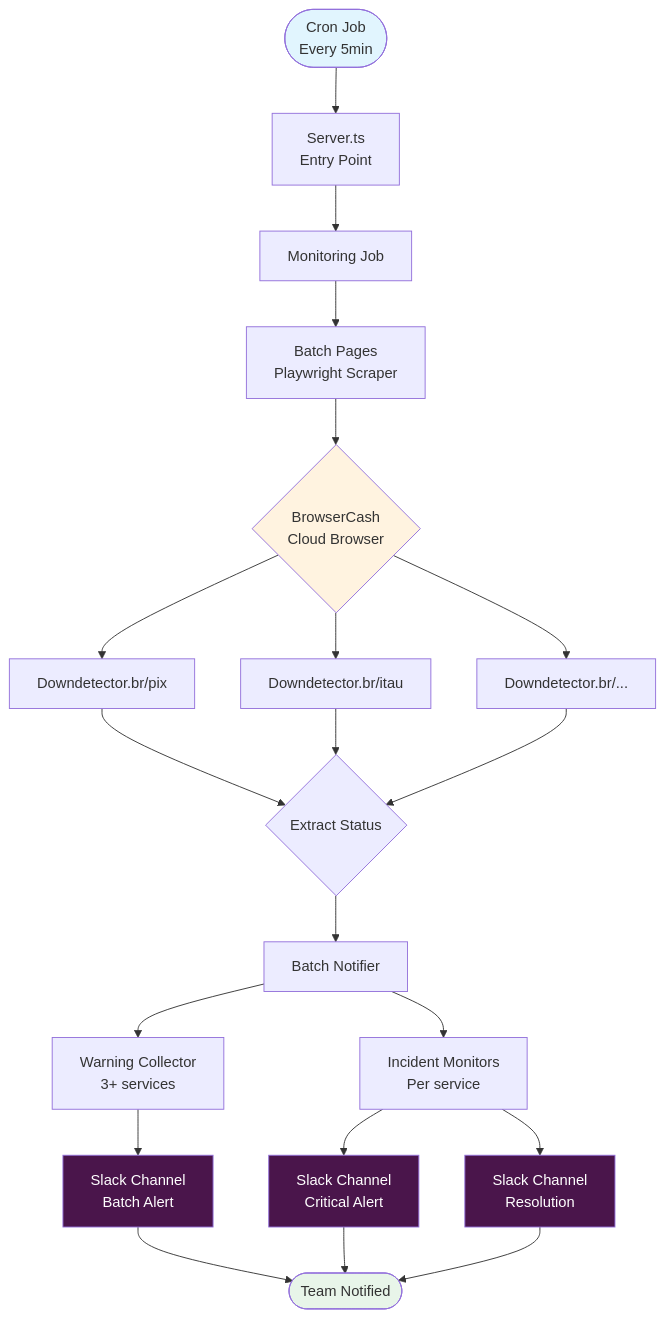
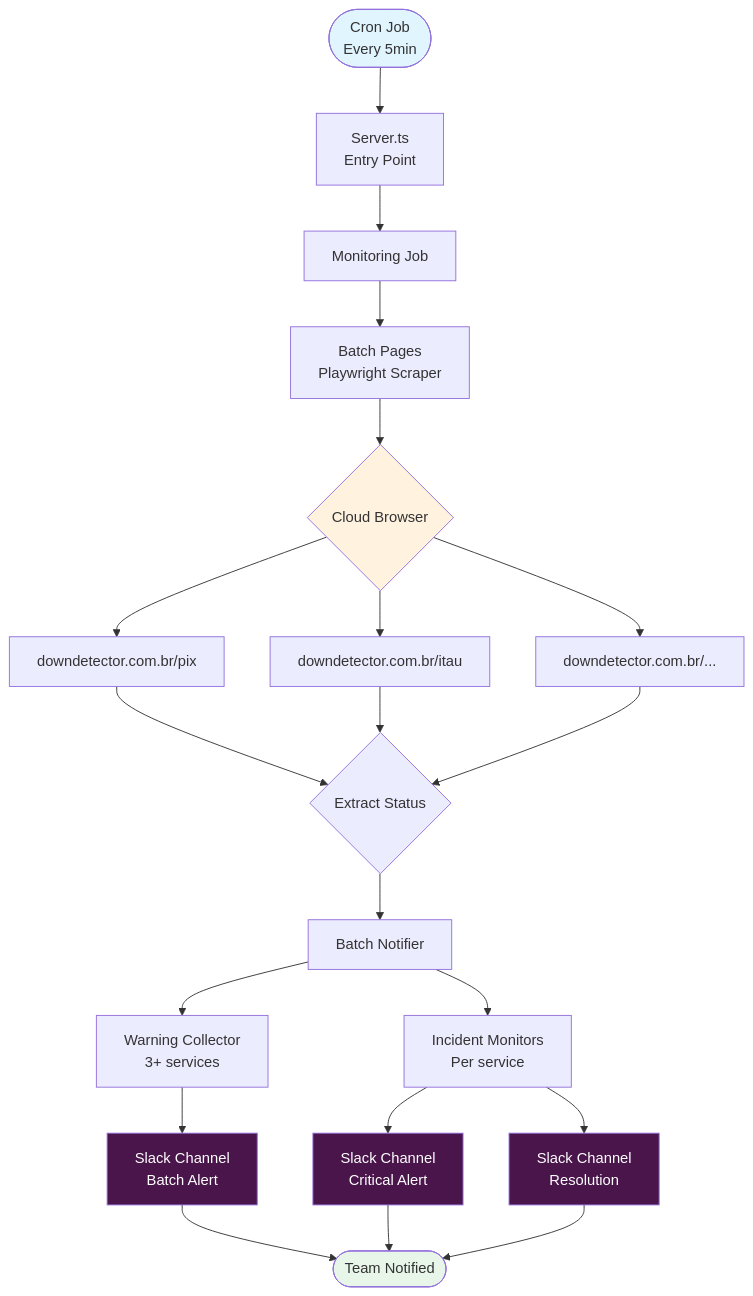
One commit to eduardotashiro/downdetector-slack changed the first of 2 diagrams in README.md. Above: the diagram before and after it, drawn with Mermaid. The commit also changed other lines of this file, not shown here.

````diff
--- a/README.md
+++ b/README.md
@@ -72,34 +70,34 @@
 ```mermaid
 graph TB
     Start([Cron Job<br/>Every 5min]) --> Server[Server.ts<br/>Entry Point]
     Server --> Job[Monitoring Job]
     Job --> Scraper[Batch Pages<br/>Playwright Scraper]
     
-    Scraper --> Browser{BrowserCash<br/>Cloud Browser}
-    Browser --> DD1[Downdetector.br/pix]
-    Browser --> DD2[Downdetector.br/itau]
-    Browser --> DD3[Downdetector.br/...]
+    Scraper --> Browser{Cloud Browser}
+    Browser --> DD1[downdetector.com.br/pix]
+    Browser --> DD2[downdetector.com.br/itau]
+    Browser --> DD3[downdetector.com.br/...]
     
     DD1 --> Data{Extract Status}
     DD2 --> Data
     DD3 --> Data
     
     Data --> Notifier[Batch Notifier]
     Notifier --> Warning[Warning Collector<br/>3+ services]
     Notifier --> Incident[Incident Monitors<br/>Per service]
     
     Warning --> Slack1[Slack Channel<br/>Batch Alert]
     Incident --> Slack2[Slack Channel<br/>Critical Alert]
     Incident --> Slack3[Slack Channel<br/>Resolution]
     
     Slack1 --> End([Team Notified])
     Slack2 --> End
     Slack3 --> End
     
     style Start fill:#e1f5fe
     style Browser fill:#fff3e0
     style Slack1 fill:#4A154B,color:#fff
     style Slack2 fill:#4A154B,color:#fff
     style Slack3 fill:#4A154B,color:#fff
     style End fill:#e8f5e9
 ```
````
